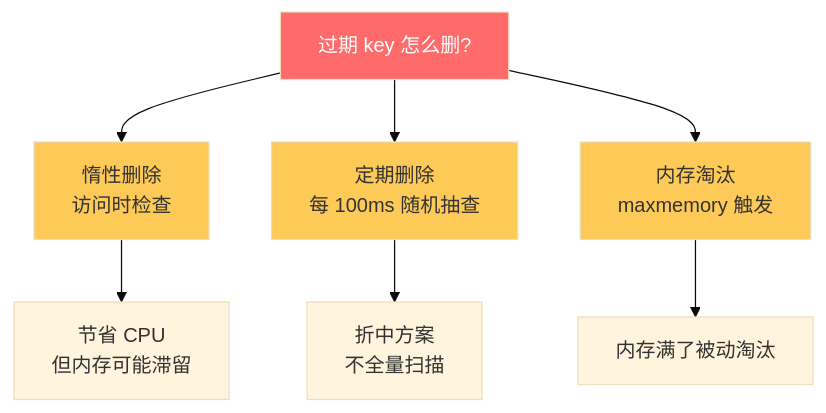
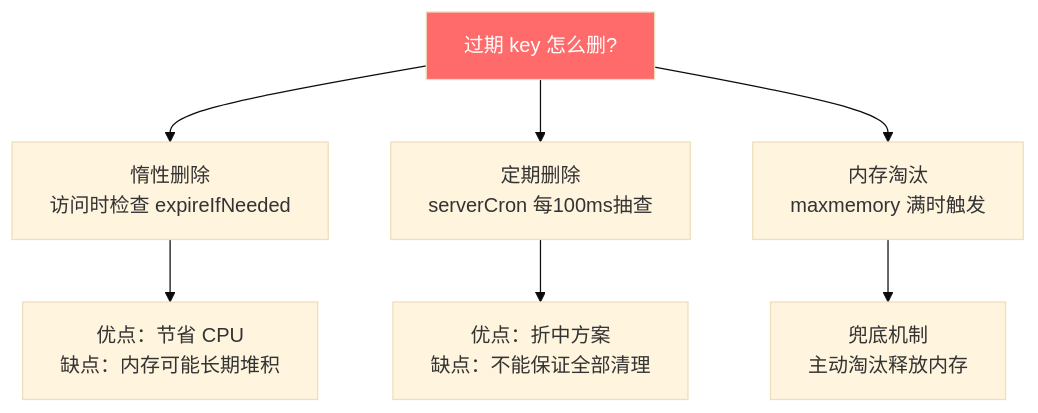
Before and after one commit to qigao0787-ops/gq-test: the tenth of 47 diagrams in document/strengthen/分布式技术面试总结_增强版.md, drawn with Mermaid (base theme). The commit also changed other lines of this file, not shown here.

````diff
--- a/document/strengthen/分布式技术面试总结_增强版.md
+++ b/document/strengthen/分布式技术面试总结_增强版.md
@@ -272,15 +702,12 @@
 ```mermaid
 flowchart TD
-    A[过期 key 怎么删?] --> B[惰性删除<br/>访问时检查]
-    A --> C[定期删除<br/>每 100ms 随机抽查]
-    A --> D[内存淘汰<br/>maxmemory 触发]
+    A[过期 key 怎么删?] --> B[惰性删除<br/>访问时检查 expireIfNeeded]
+    A --> C[定期删除<br/>serverCron 每100ms抽查]
+    A --> D[内存淘汰<br/>maxmemory 满时触发]
 
-    B --> E[节省 CPU<br/>但内存可能滞留]
-    C --> F[折中方案<br/>不全量扫描]
-    D --> G[内存满了被动淘汰]
+    B --> E[优点：节省 CPU<br/>缺点：内存可能长期堆积]
+    C --> F[优点：折中方案<br/>缺点：不能保证全部清理]
+    D --> G[兜底机制<br/>主动淘汰释放内存]
 
     style A fill:#ff6b6b,color:#fff
-    style B fill:#feca57
-    style C fill:#feca57
-    style D fill:#feca57
 ```
````
